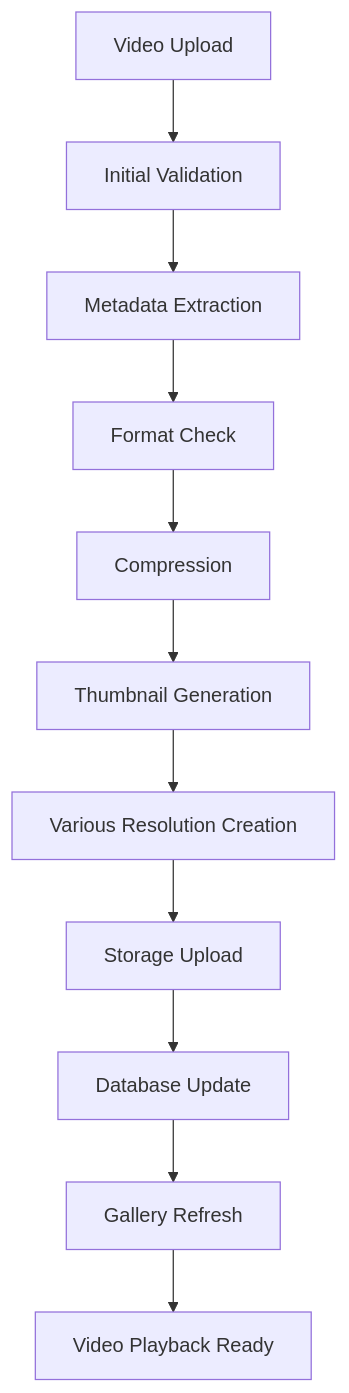
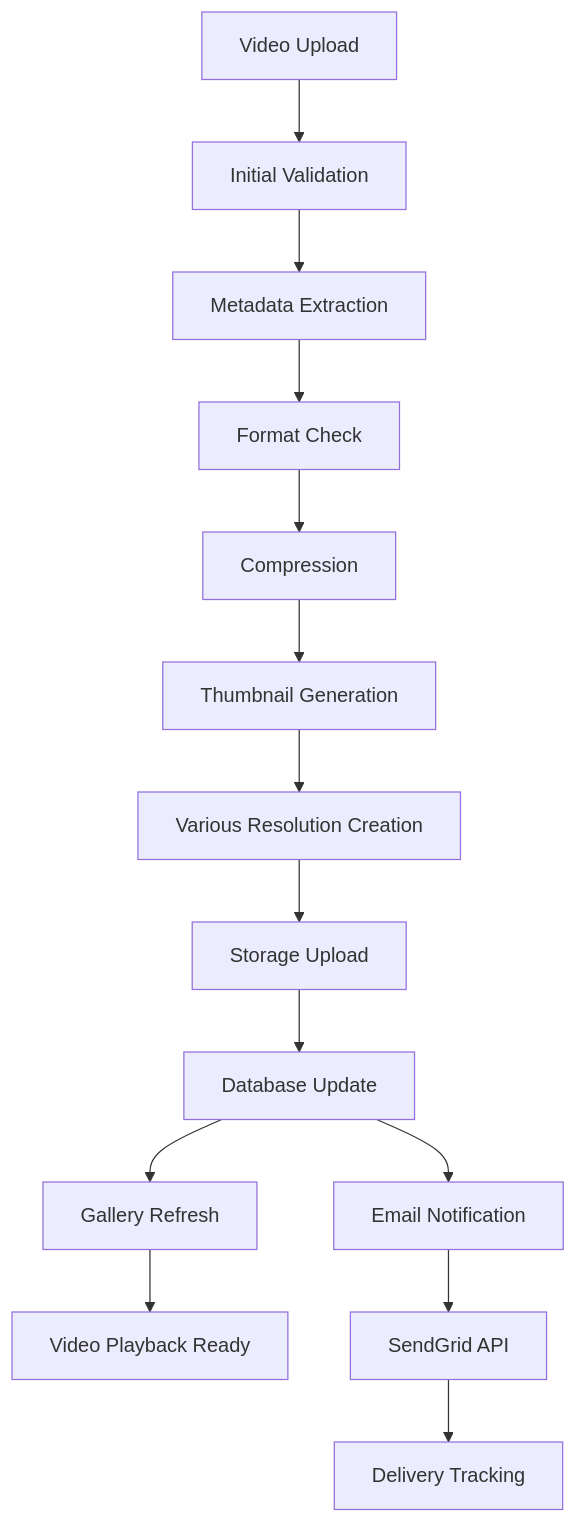
One commit to mrj0nesmtl/cloud-burst changed the third of 3 diagrams in docs/user-flows/user_flow_chart.md. Above: the diagram before and after it, drawn with Mermaid. The commit also changed other lines of this file and 42 other files, not shown here.

````diff
--- a/docs/user-flows/user_flow_chart.md
+++ b/docs/user-flows/user_flow_chart.md
@@ -133,13 +154,16 @@
 ```mermaid
 flowchart TD
     A[Video Upload] --> B[Initial Validation]
     B --> C[Metadata Extraction]
     C --> D[Format Check]
     D --> E[Compression]
     E --> F[Thumbnail Generation]
     F --> G[Various Resolution Creation]
     G --> H[Storage Upload]
     H --> I[Database Update]
     I --> J[Gallery Refresh]
     J --> K[Video Playback Ready]
+    I --> L[Email Notification]
+    L --> M[SendGrid API]
+    M --> N[Delivery Tracking]
 ```
````
